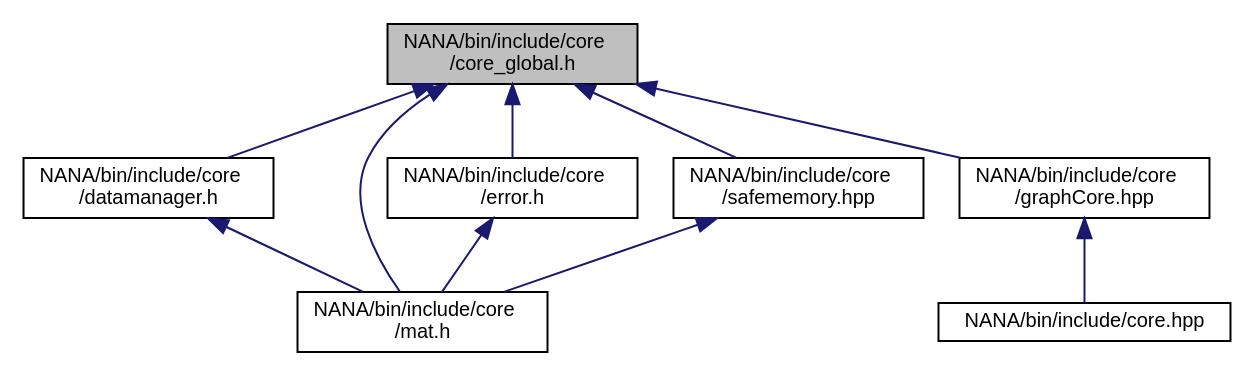
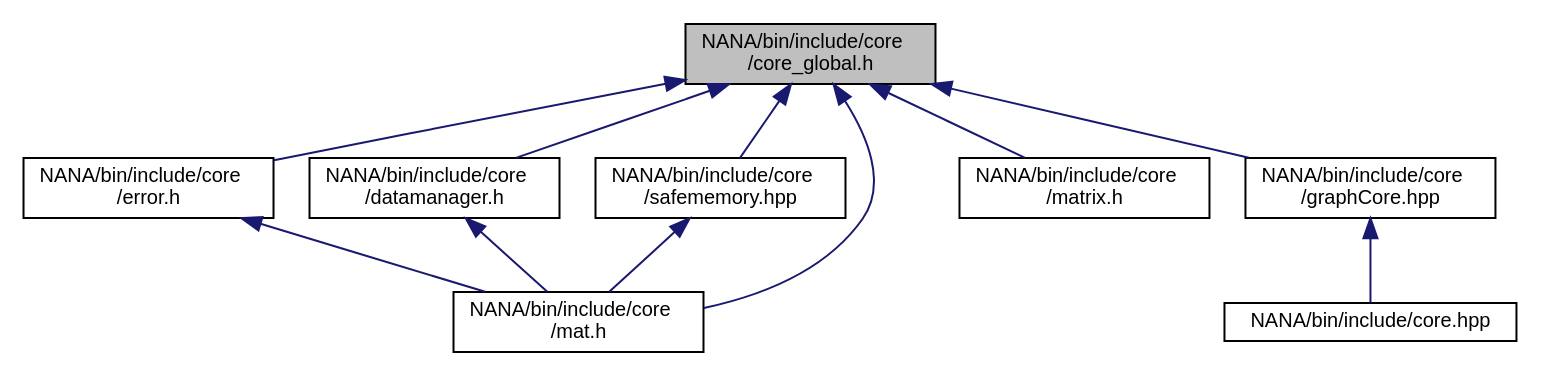
One commit to YuruTu/NANA changed the diagram in docs/bin_2include_2core_2core__global_8h__dep__incl.dot. Above: the diagram before and after it, drawn with Graphviz. The commit also changed 117 other files, not shown here.

```diff
--- a/docs/bin_2include_2core_2core__global_8h__dep__incl.dot
+++ b/docs/bin_2include_2core_2core__global_8h__dep__incl.dot
@@ -1,22 +1,24 @@
 digraph "NANA/bin/include/core/core_global.h"
 {
  // LATEX_PDF_SIZE
   edge [fontname="Helvetica",fontsize="10",labelfontname="Helvetica",labelfontsize="10"];
   node [fontname="Helvetica",fontsize="10",shape=record];
   Node1 [label="NANA/bin/include/core\l/core_global.h",height=0.2,width=0.4,color="black", fillcolor="grey75", style="filled", fontcolor="black",tooltip="全局头文件"];
   Node1 -> Node2 [dir="back",color="midnightblue",fontsize="10",style="solid",fontname="Helvetica"];
   Node2 [label="NANA/bin/include/core\l/datamanager.h",height=0.2,width=0.4,color="black", fillcolor="white", style="filled",URL="$bin_2include_2core_2datamanager_8h.html",tooltip="实现一个数据管理器"];
   Node2 -> Node3 [dir="back",color="midnightblue",fontsize="10",style="solid",fontname="Helvetica"];
   Node3 [label="NANA/bin/include/core\l/mat.h",height=0.2,width=0.4,color="black", fillcolor="white", style="filled",URL="$bin_2include_2core_2mat_8h.html",tooltip="实现一个用于矩阵运算的模板类(仍在实现当中)"];
   Node1 -> Node4 [dir="back",color="midnightblue",fontsize="10",style="solid",fontname="Helvetica"];
   Node4 [label="NANA/bin/include/core\l/error.h",height=0.2,width=0.4,color="black", fillcolor="white", style="filled",URL="$bin_2include_2core_2error_8h.html",tooltip="用于抛出异常"];
   Node4 -> Node3 [dir="back",color="midnightblue",fontsize="10",style="solid",fontname="Helvetica"];
   Node1 -> Node5 [dir="back",color="midnightblue",fontsize="10",style="solid",fontname="Helvetica"];
   Node5 [label="NANA/bin/include/core\l/graphCore.hpp",height=0.2,width=0.4,color="black", fillcolor="white", style="filled",URL="$bin_2include_2core_2graph_core_8hpp.html",tooltip="为图论算法实现的基本数据结构"];
   Node5 -> Node6 [dir="back",color="midnightblue",fontsize="10",style="solid",fontname="Helvetica"];
   Node6 [label="NANA/bin/include/core.hpp",height=0.2,width=0.4,color="black", fillcolor="white", style="filled",URL="$bin_2include_2core_8hpp.html",tooltip="包含基本的数据结构等"];
   Node1 -> Node3 [dir="back",color="midnightblue",fontsize="10",style="solid",fontname="Helvetica"];
   Node1 -> Node7 [dir="back",color="midnightblue",fontsize="10",style="solid",fontname="Helvetica"];
-  Node7 [label="NANA/bin/include/core\l/safememory.hpp",height=0.2,width=0.4,color="black", fillcolor="white", style="filled",URL="$bin_2include_2core_2safememory_8hpp.html",tooltip="实现安全的内存管理"];
-  Node7 -> Node3 [dir="back",color="midnightblue",fontsize="10",style="solid",fontname="Helvetica"];
+  Node7 [label="NANA/bin/include/core\l/matrix.h",height=0.2,width=0.4,color="black", fillcolor="white", style="filled",URL="$bin_2include_2core_2matrix_8h.html",tooltip="简单矩阵类(效率不高，但易于理解，很多时候会触发复制构造函数)，不同于Mat"];
+  Node1 -> Node8 [dir="back",color="midnightblue",fontsize="10",style="solid",fontname="Helvetica"];
+  Node8 [label="NANA/bin/include/core\l/safememory.hpp",height=0.2,width=0.4,color="black", fillcolor="white", style="filled",URL="$bin_2include_2core_2safememory_8hpp.html",tooltip="实现安全的内存管理"];
+  Node8 -> Node3 [dir="back",color="midnightblue",fontsize="10",style="solid",fontname="Helvetica"];
 }
```
